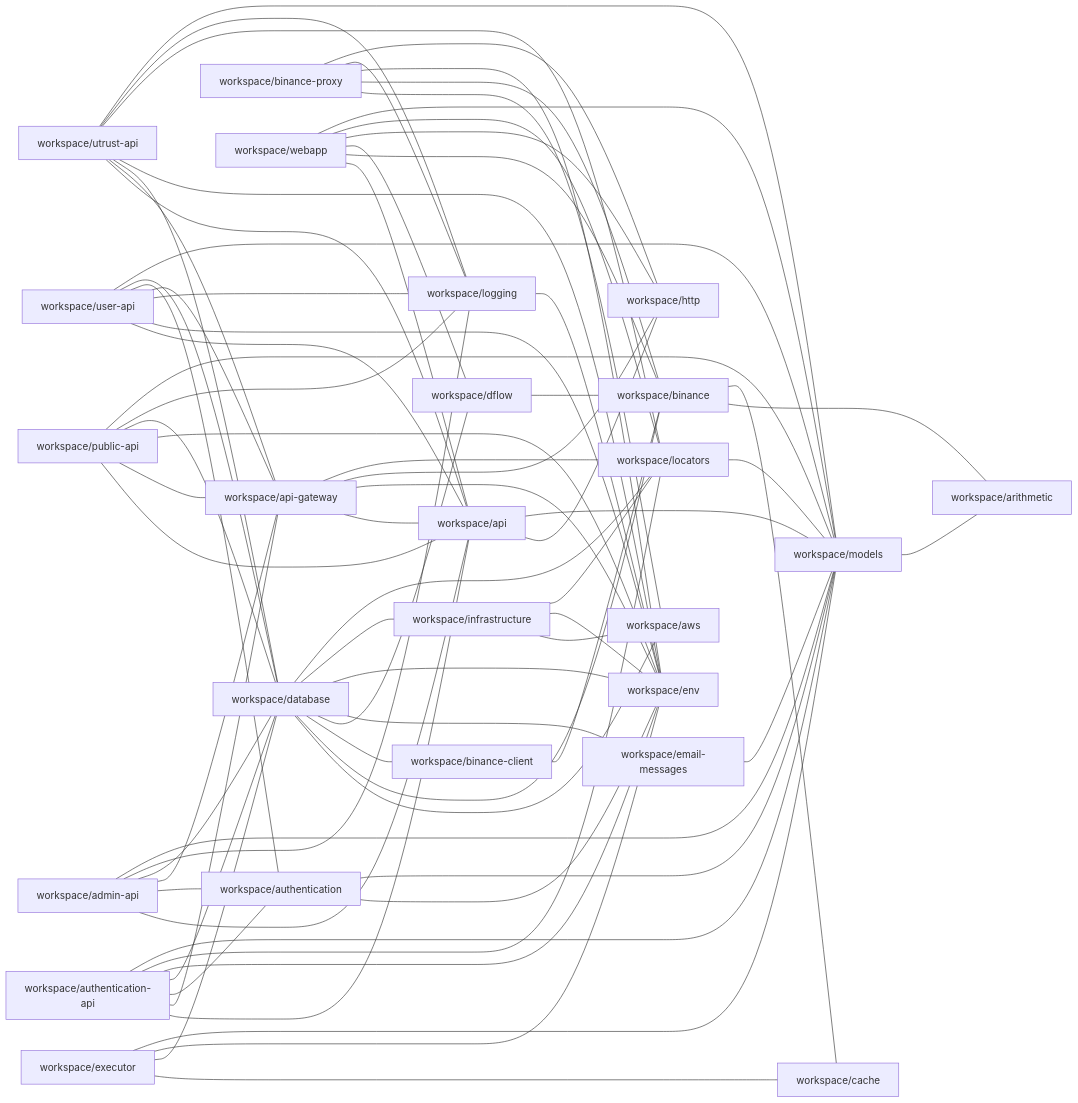
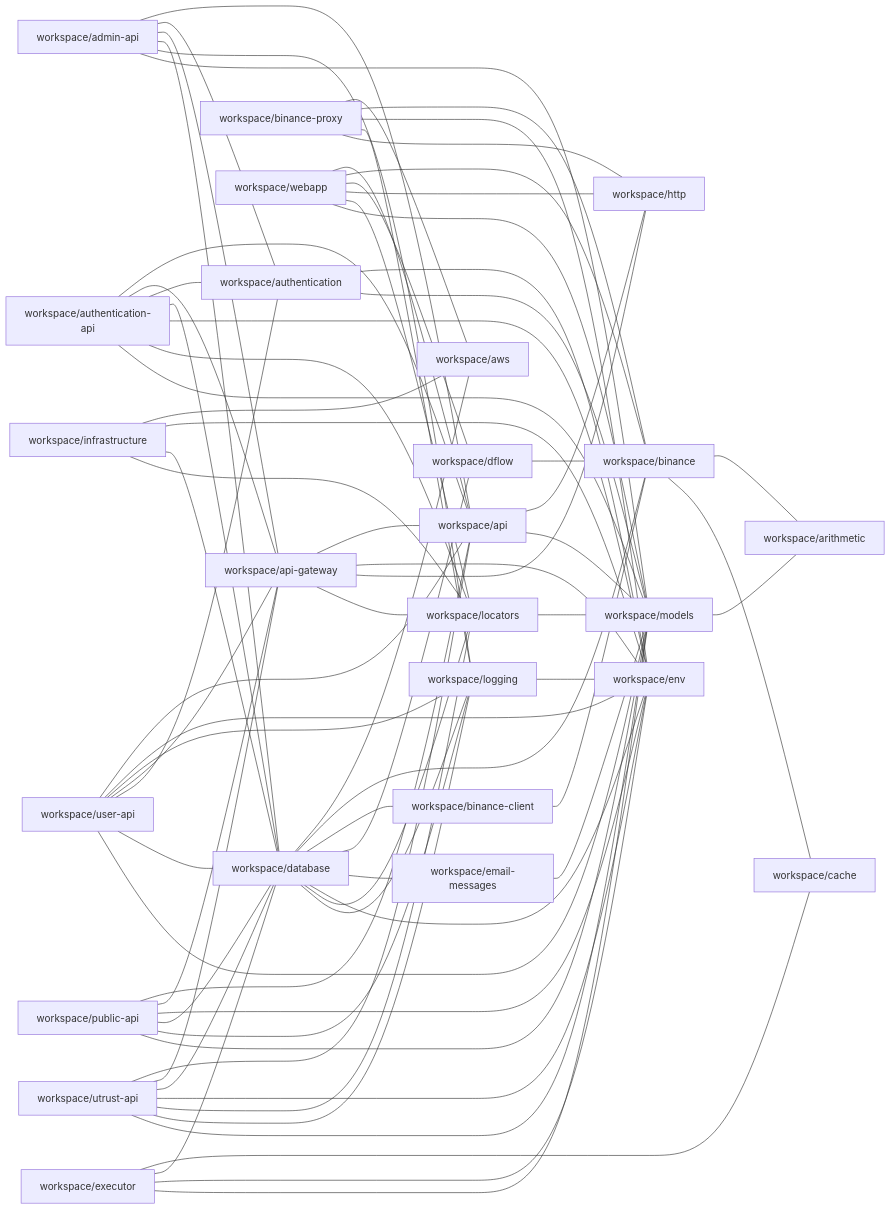
The diagram in docs/npm-dependencies.md (ggbot-org/ggbot), drawn with Mermaid before and after one commit. The commit also changed 36 other files, not shown here.

Commit message:
no workspace depends on infrastructure workspace

````diff
--- a/docs/npm-dependencies.md
+++ b/docs/npm-dependencies.md
@@ -5,78 +5,79 @@
 ```mermaid
 graph LR
     workspace/admin-api --- workspace/api
     workspace/admin-api --- workspace/authentication
     workspace/admin-api --- workspace/api-gateway
     workspace/admin-api --- workspace/database
     workspace/admin-api --- workspace/logging
     workspace/admin-api --- workspace/models
     workspace/api --- workspace/http
     workspace/api --- workspace/models
     workspace/api-gateway --- workspace/api
     workspace/api-gateway --- workspace/env
     workspace/api-gateway --- workspace/http
     workspace/api-gateway --- workspace/locators
     workspace/authentication --- workspace/env
     workspace/authentication --- workspace/models
     workspace/authentication-api --- workspace/api
     workspace/authentication-api --- workspace/api-gateway
     workspace/authentication-api --- workspace/authentication
     workspace/authentication-api --- workspace/database
     workspace/authentication-api --- workspace/env
     workspace/authentication-api --- workspace/locators
     workspace/authentication-api --- workspace/models
     workspace/binance --- workspace/arithmetic
     workspace/binance --- workspace/cache
     workspace/binance-client --- workspace/binance
     workspace/binance-proxy --- workspace/aws
     workspace/binance-proxy --- workspace/binance
     workspace/binance-proxy --- workspace/env
     workspace/binance-proxy --- workspace/logging
     workspace/binance-proxy --- workspace/http
     workspace/database --- workspace/aws
     workspace/database --- workspace/binance
     workspace/database --- workspace/binance-client
     workspace/database --- workspace/dflow
     workspace/database --- workspace/email-messages
     workspace/database --- workspace/env
-    workspace/database --- workspace/infrastructure
     workspace/database --- workspace/locators
+    workspace/database --- workspace/logging
     workspace/dflow --- workspace/binance
     workspace/email-messages --- workspace/models
     workspace/executor --- workspace/cache
     workspace/executor --- workspace/database
     workspace/executor --- workspace/env
     workspace/executor --- workspace/models
     workspace/infrastructure --- workspace/aws
     workspace/infrastructure --- workspace/env
+    workspace/infrastructure --- workspace/database
     workspace/infrastructure --- workspace/locators
     workspace/locators --- workspace/models
     workspace/logging --- workspace/env
     workspace/models --- workspace/arithmetic
     workspace/public-api --- workspace/api
     workspace/public-api --- workspace/api-gateway
     workspace/public-api --- workspace/env
     workspace/public-api --- workspace/database
     workspace/public-api --- workspace/logging
     workspace/public-api --- workspace/models
     workspace/user-api --- workspace/api
     workspace/user-api --- workspace/env
     workspace/user-api --- workspace/logging
     workspace/user-api --- workspace/api-gateway
     workspace/user-api --- workspace/authentication
     workspace/user-api --- workspace/database
     workspace/user-api --- workspace/models
     workspace/utrust-api --- workspace/api
     workspace/utrust-api --- workspace/api-gateway
     workspace/utrust-api --- workspace/database
     workspace/utrust-api --- workspace/env
     workspace/utrust-api --- workspace/locators
     workspace/utrust-api --- workspace/logging
     workspace/utrust-api --- workspace/models
     workspace/webapp --- workspace/api
     workspace/webapp --- workspace/binance
     workspace/webapp --- workspace/dflow
     workspace/webapp --- workspace/http
     workspace/webapp --- workspace/locators
     workspace/webapp --- workspace/models
 ```
````
